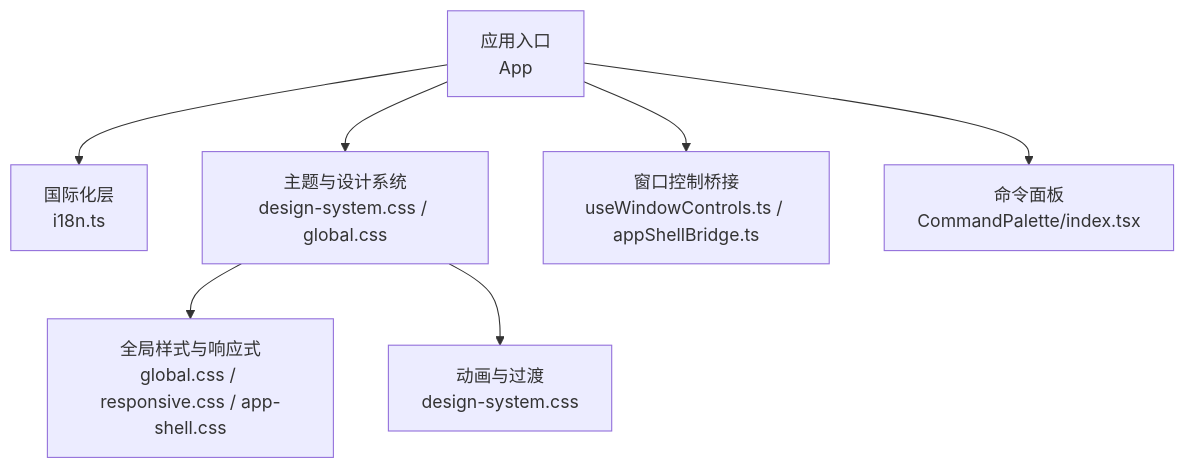
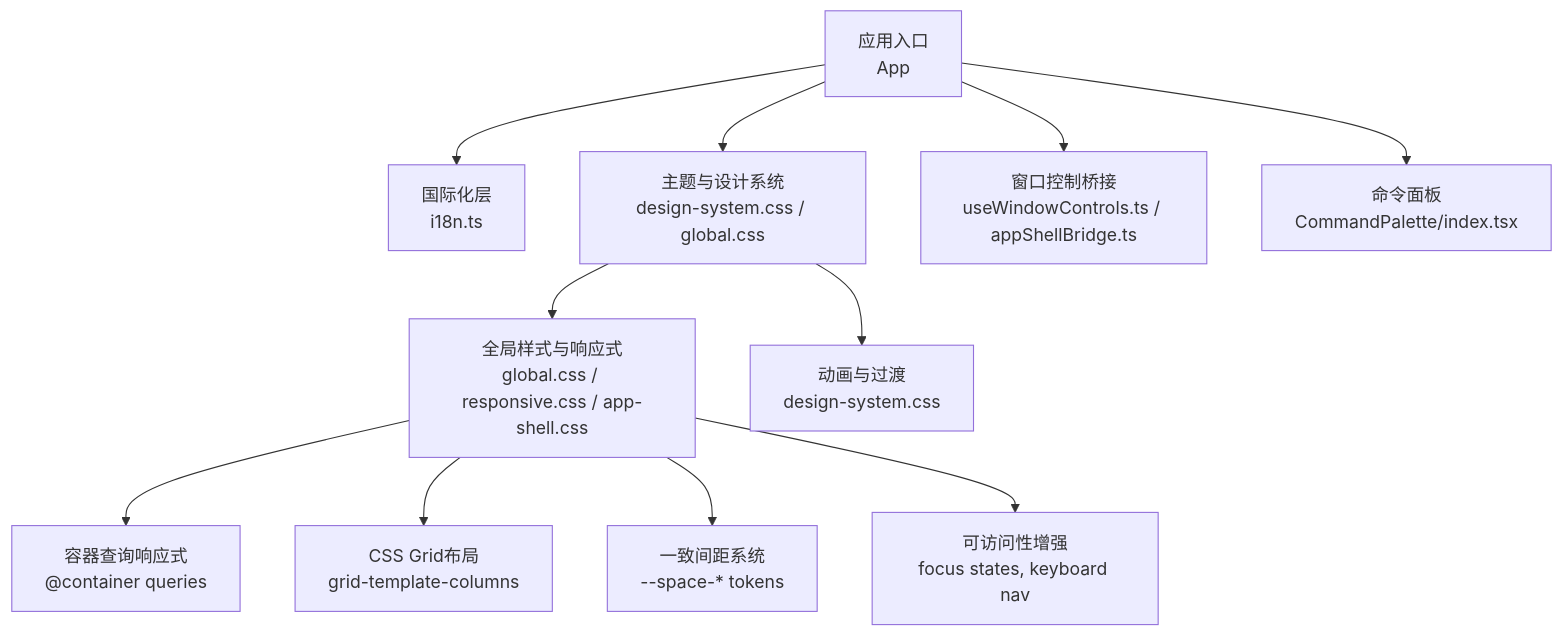
The first of 10 diagrams in .qoder/repowiki/zh/content/架构设计/渲染器架构/UI 特性/UI 特性.md (haolange/RDC-Agent), drawn with Mermaid before and after one commit. The commit also changed other lines of this file and 25 other files, not shown here.

````diff
--- a/.qoder/repowiki/zh/content/架构设计/渲染器架构/UI 特性/UI 特性.md
+++ b/.qoder/repowiki/zh/content/架构设计/渲染器架构/UI 特性/UI 特性.md
@@ -41,9 +56,13 @@
 ```mermaid
 graph TB
 A["应用入口<br/>App"] --> B["国际化层<br/>i18n.ts"]
 A --> C["主题与设计系统<br/>design-system.css / global.css"]
 A --> D["窗口控制桥接<br/>useWindowControls.ts / appShellBridge.ts"]
 A --> E["命令面板<br/>CommandPalette/index.tsx"]
 C --> F["全局样式与响应式<br/>global.css / responsive.css / app-shell.css"]
 C --> G["动画与过渡<br/>design-system.css"]
+F --> H["容器查询响应式<br/>@container queries"]
+F --> I["CSS Grid布局<br/>grid-template-columns"]
+F --> J["一致间距系统<br/>--space-* tokens"]
+F --> K["可访问性增强<br/>focus states, keyboard nav"]
 ```
````
